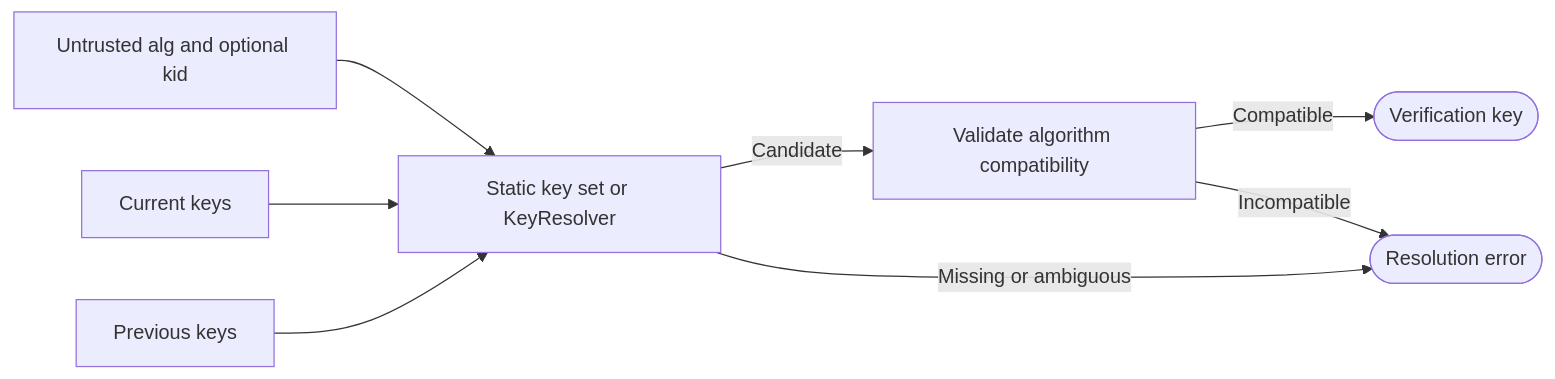
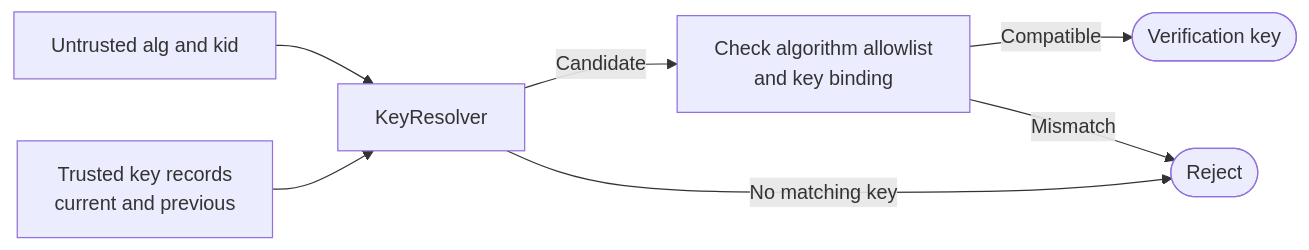
The fifth of 20 diagrams in DESIGN.md (mkbeh/xjose), drawn with Mermaid before and after one commit. The commit also changed other lines of this file, not shown here.

Commit message:
docs: refine architectural design

````diff
--- a/DESIGN.md
+++ b/DESIGN.md
@@ -260,17 +274,15 @@
 ```mermaid
 flowchart LR
-    Header[Untrusted alg and optional kid]
-    Current[Current keys]
-    Previous[Previous keys]
-    Resolver[Static key set or KeyResolver]
-    Validate[Validate algorithm compatibility]
+    Header[Untrusted alg and kid]
+    Keys[Trusted key records<br/>current and previous]
+    Resolver[KeyResolver]
+    Validate[Check algorithm allowlist<br/>and key binding]
     Key([Verification key])
-    Error([Resolution error])
+    Error([Reject])
     Header --> Resolver
-    Current --> Resolver
-    Previous --> Resolver
+    Keys --> Resolver
     Resolver -->|Candidate| Validate
-    Resolver -->|Missing or ambiguous| Error
+    Resolver -->|No matching key| Error
     Validate -->|Compatible| Key
-    Validate -->|Incompatible| Error
+    Validate -->|Mismatch| Error
 ```
````
